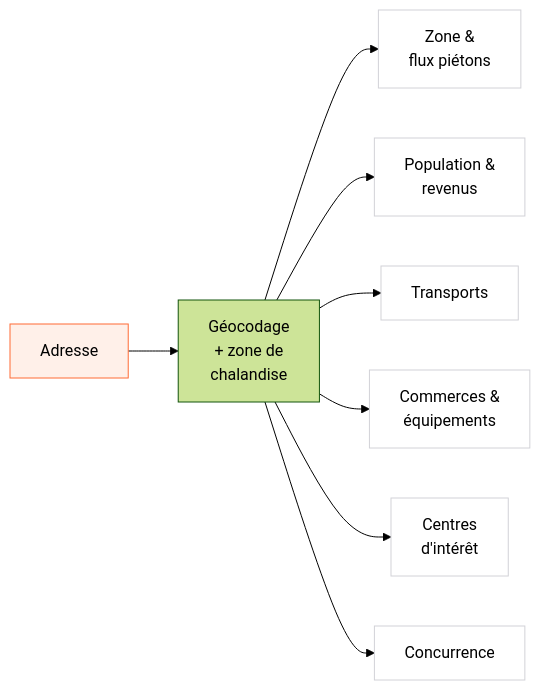
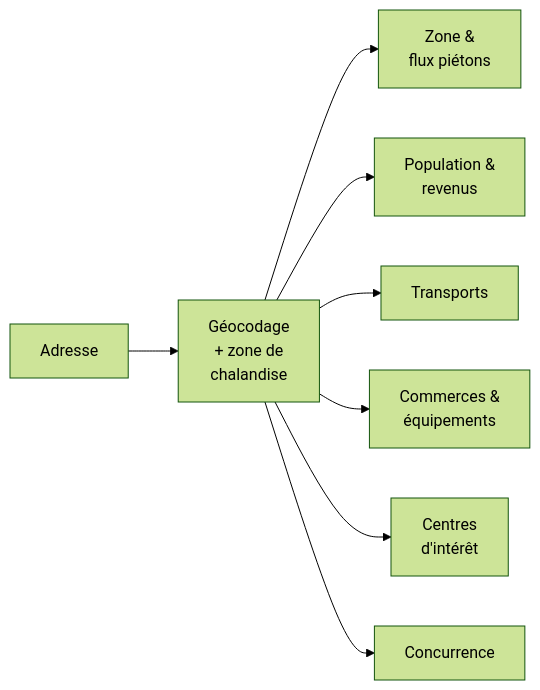
The first of 6 diagrams in content/applications.md (jbdaudet/leplusgrandnombre), drawn with Mermaid (forest theme) before and after one commit. The commit also changed other lines of this file and 4 other files, not shown here.

Commit message:
update of the design scroll back up behavior + mermaid graphs rebuild

```diff
--- a/content/applications.md
+++ b/content/applications.md
@@ -26,18 +26,10 @@
 {{< mermaid >}}
 flowchart LR
     A["Adresse"] --> B["Géocodage\n+ zone de\nchalandise"]
     B --> C["Zone &\nflux piétons"]
     B --> D["Population &\nrevenus"]
     B --> E["Transports"]
     B --> F["Commerces &\néquipements"]
     B --> H["Centres\nd'intérêt"]
     B --> G["Concurrence"]
-
-    style A fill:#FFF0E9,stroke:#FF6B35
-    style C fill:#ffffff,stroke:#d2d2d7
-    style D fill:#ffffff,stroke:#d2d2d7
-    style E fill:#ffffff,stroke:#d2d2d7
-    style F fill:#ffffff,stroke:#d2d2d7
-    style H fill:#ffffff,stroke:#d2d2d7
-    style G fill:#ffffff,stroke:#d2d2d7
 {{< /mermaid >}}
```
